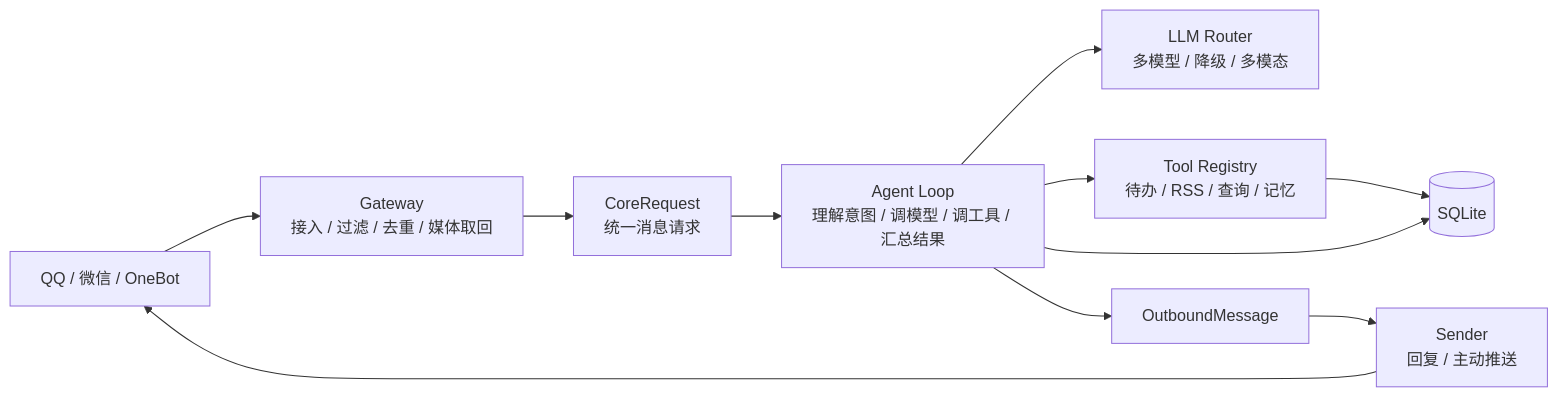
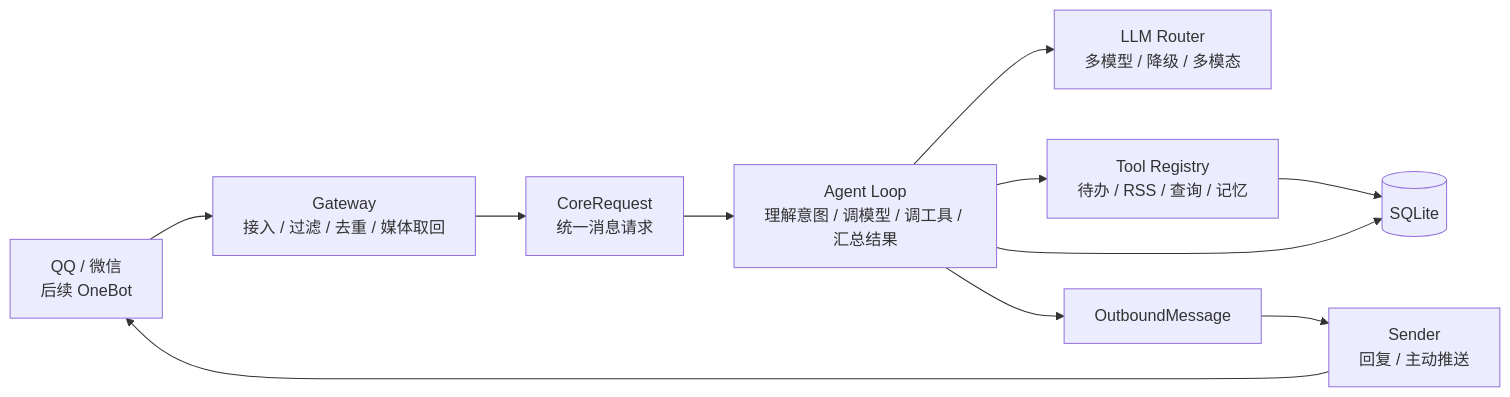
Before and after one commit to kuliantnt/qq-maid-bot: the diagram in README.md, drawn with Mermaid. The commit also changed other lines of this file and 5 other files, not shown here.

````diff
--- a/README.md
+++ b/README.md
@@ -191,18 +191,18 @@
 ```mermaid
 flowchart LR
-    platform["QQ / 微信 / OneBot"] --> gateway["Gateway<br/>接入 / 过滤 / 去重 / 媒体取回"]
+    platform["QQ / 微信<br/>后续 OneBot"] --> gateway["Gateway<br/>接入 / 过滤 / 去重 / 媒体取回"]
     gateway --> request["CoreRequest<br/>统一消息请求"]
 
     agent["Agent Loop<br/>理解意图 / 调模型 / 调工具 / 汇总结果"]
 
     request --> agent
     agent --> llm["LLM Router<br/>多模型 / 降级 / 多模态"]
     agent --> tools["Tool Registry<br/>待办 / RSS / 查询 / 记忆"]
 
     tools --> db[(SQLite)]
     agent --> db
 
     agent --> outbound["OutboundMessage"]
     outbound --> sender["Sender<br/>回复 / 主动推送"]
     sender --> platform
 ```
````
